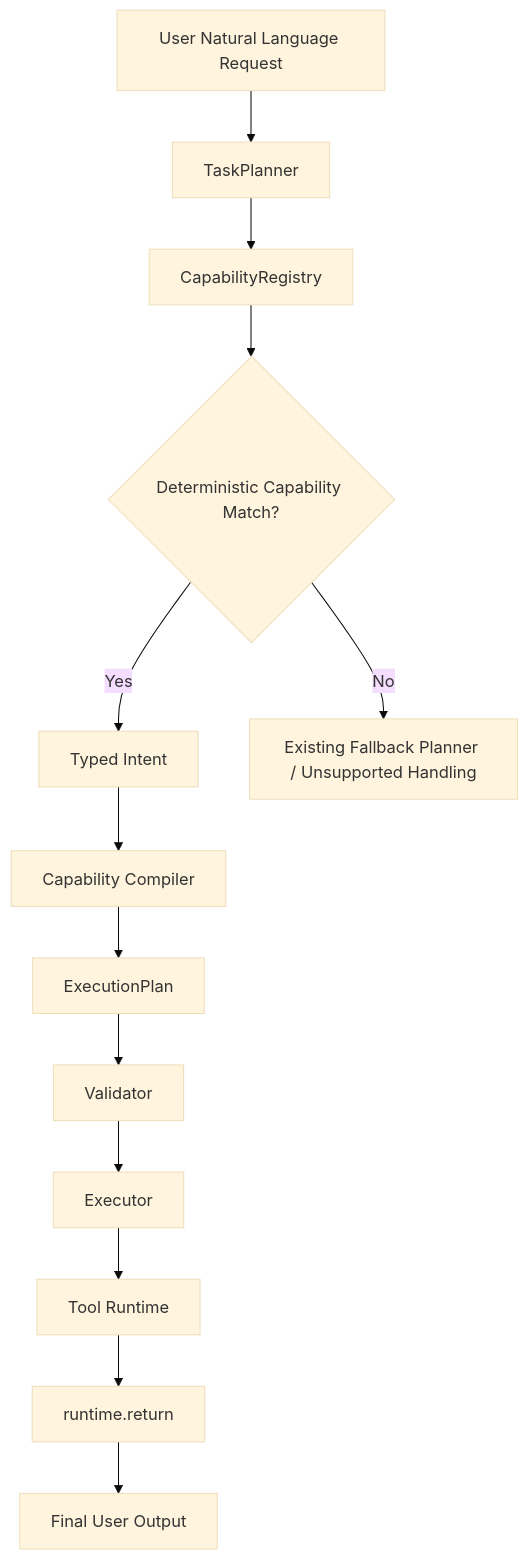
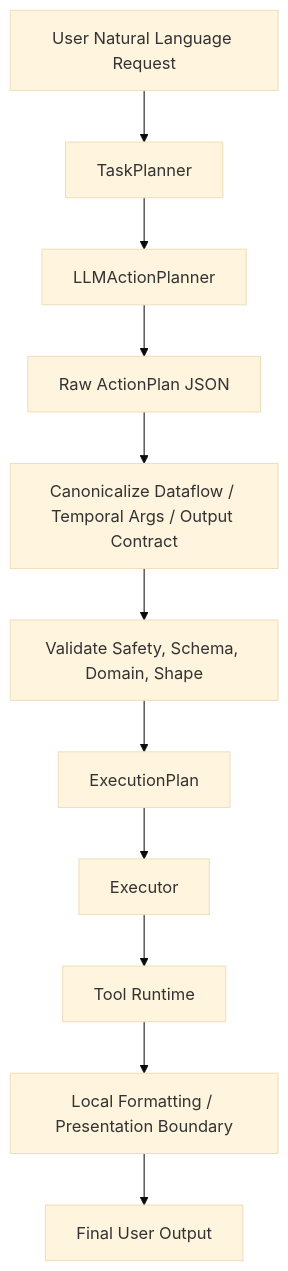
One commit to vinithbraj/openfabric changed the diagram in docs/ARCHITECTURE.md. Above: the diagram before and after it, drawn with Mermaid (base theme). The commit also changed other lines of this file and 41 other files, not shown here.

````diff
--- a/docs/ARCHITECTURE.md
+++ b/docs/ARCHITECTURE.md
@@ -25,15 +25,13 @@
 ```mermaid
 flowchart TD
     A[User Natural Language Request] --> B[TaskPlanner]
-    B --> C[CapabilityRegistry]
-    C --> D{Deterministic Capability Match?}
-    D -- Yes --> E[Typed Intent]
-    D -- No --> F[Existing Fallback Planner / Unsupported Handling]
-    E --> G[Capability Compiler]
-    G --> H[ExecutionPlan]
-    H --> I[Validator]
-    I --> J[Executor]
-    J --> K[Tool Runtime]
-    K --> L[runtime.return]
-    L --> M[Final User Output]
+    B --> C[LLMActionPlanner]
+    C --> D[Raw ActionPlan JSON]
+    D --> E[Canonicalize Dataflow / Temporal Args / Output Contract]
+    E --> F[Validate Safety, Schema, Domain, Shape]
+    F --> G[ExecutionPlan]
+    G --> H[Executor]
+    H --> I[Tool Runtime]
+    I --> J[Local Formatting / Presentation Boundary]
+    J --> K[Final User Output]
 ```
````
